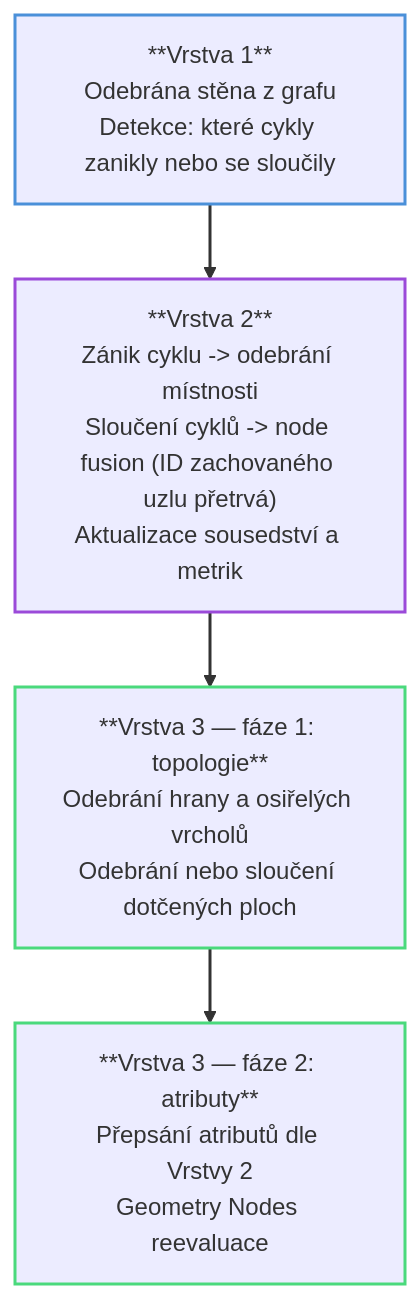
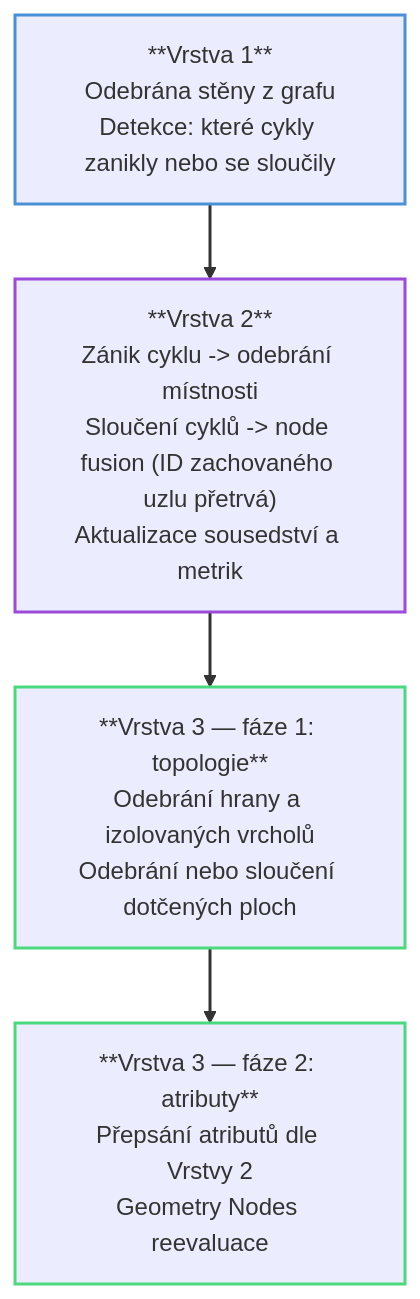
The second of 3 diagrams in docs/sections/03_Design/01_architecture_data_flow.md (TheGingeros/floorplanmaster), drawn with Mermaid before and after one commit. The commit also changed other lines of this file and 1 other file, not shown here.

````diff
--- a/docs/sections/03_Design/01_architecture_data_flow.md
+++ b/docs/sections/03_Design/01_architecture_data_flow.md
@@ -23,14 +23,14 @@
 ```mermaid
 flowchart TD
-    V1["**Vrstva 1**<br/>Odebrána stěna z grafu<br/>Detekce: které cykly zanikly nebo se sloučily"]:::v1
+    V1["**Vrstva 1**<br/>Odebrána stěny z grafu<br/>Detekce: které cykly zanikly nebo se sloučily"]:::v1
     V2["**Vrstva 2**<br/>Zánik cyklu -> odebrání místnosti<br/>Sloučení cyklů -> node fusion (ID zachovaného uzlu přetrvá)<br/>Aktualizace sousedství a metrik"]:::v2
-    V3F1["**Vrstva 3 — fáze 1: topologie**<br/>Odebrání hrany a osiřelých vrcholů<br/>Odebrání nebo sloučení dotčených ploch"]:::v3
+    V3F1["**Vrstva 3 — fáze 1: topologie**<br/>Odebrání hrany a izolovaných vrcholů<br/>Odebrání nebo sloučení dotčených ploch"]:::v3
     V3F2["**Vrstva 3 — fáze 2: atributy**<br/>Přepsání atributů dle Vrstvy 2<br/>Geometry Nodes reevaluace"]:::v3
 
     V1 --> V2 --> V3F1 --> V3F2
 
     classDef v1 stroke:#4a90d9,stroke-width:2px
     classDef v2 stroke:#9b4ad9,stroke-width:2px
     classDef v3 stroke:#4ad97c,stroke-width:2px
     linkStyle default stroke-width:2px
 ```
````
